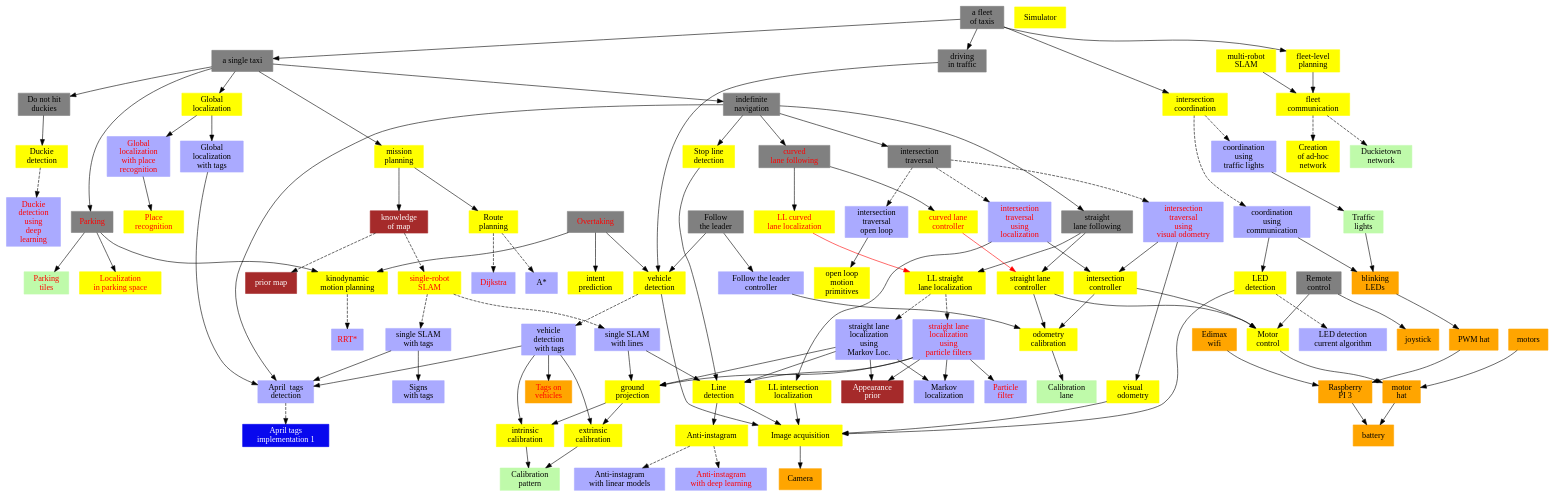
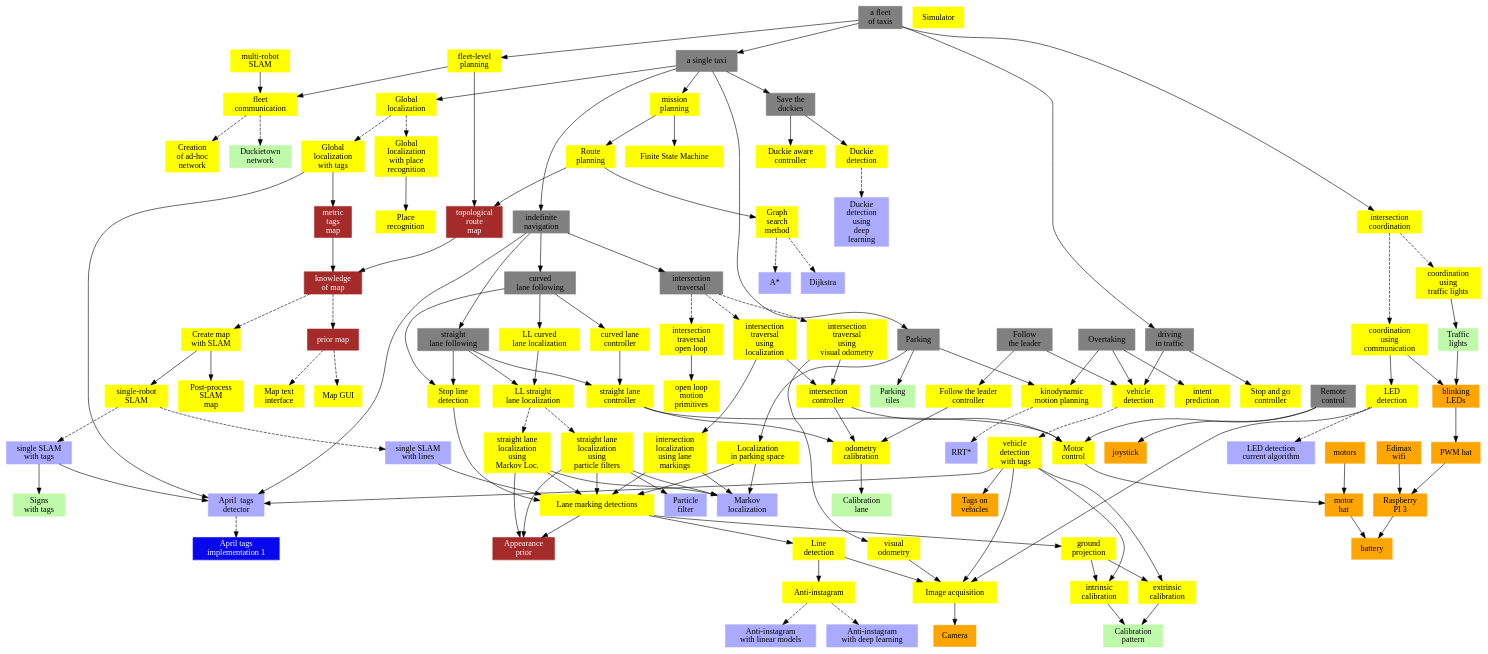
One commit to top1944/duckuments changed the diagram in docs/clipart/functionality_diagram/diagram.dot. Above: the diagram before and after it, drawn with Graphviz. The commit also changed 2 other files, not shown here.

```diff
--- a/docs/clipart/functionality_diagram/diagram.dot
+++ b/docs/clipart/functionality_diagram/diagram.dot
@@ -12,7 +12,7 @@
         joystick_control [label="Remote \n control"];
 
         straight_lane_following [label="straight \n lane following"];
-        curved_lane_following [label="curved\n lane following",  fontcolor=red];
+        curved_lane_following [label="curved\n lane following"];
 
         intersection_traversal [label="intersection \n traversal"];
 
@@ -24,11 +24,11 @@
 
 
 
-        parking [label="Parking", fontcolor=red];
+        parking [label="Parking"];
 
-        overtaking [label="Overtaking", fontcolor=red];
+        overtaking [label="Overtaking"];
 
-        obstacle_avoidance [label="Do not hit\n duckies"];
+        save_the_duckies [label="Save the \n duckies"];
 
     }
     // Abstract functionality
@@ -36,21 +36,24 @@
     subgraph functionality {
         node [style=filled,color=yellow,shape=box];
 
+        lane_marking_detection [label="Lane marking detections"];
+
+        stop_and_go [label="Stop and go\ncontroller"];
 
         kinodynamic_motion_planning [label="kinodynamic \n motion planning"];
 
-        localization_in_parking_space [label="Localization \n in parking space", fontcolor=red];
+        localization_in_parking_space [label="Localization \n in parking space"];
 
         fleet_planning [label="fleet-level \nplanning"];
         straight_lane_controller [label="straight lane \n controller"];
-        curved_lane_controller [label="curved lane\n controller", fontcolor=red];
+        curved_lane_controller [label="curved lane\n controller"];
 
 
         straight_lane_localization [label="LL straight \n lane localization"];
-        curved_lane_localization [label="LL curved \n lane localization", fontcolor=red];
+        curved_lane_localization [label="LL curved \n lane localization"];
 
 
-        intersection_localization [label="LL intersection \n localization"];
+        intersection_localization [label="intersection \n localization \n using lane \n markings"];
         intersection_controller [label="intersection \n controller"];
 
         fleet_comms [label="fleet\ncommunication"];
@@ -59,7 +62,7 @@
         stop_line_detection [label="Stop line \n detection"];
 
         global_localization [label="Global \n localization"];
-        place_recognition [label="Place \n recognition", fontcolor=red];
+        place_recognition [label="Place \n recognition"];
 
         extrinsic_calibration [label="extrinsic \n calibration"];
         intrinsic_calibration [label="intrinsic \n calibration"];
@@ -76,7 +79,7 @@
         route_planning [label="Route \n planning"];
 
         multi_slam [label="multi-robot \n SLAM"];
-        single_slam [label="single-robot \n SLAM", fontcolor=red];
+        single_slam [label="single-robot \n SLAM"];
 
         line_detection [label="Line \n detection"];
 
@@ -102,39 +105,55 @@
 
                 simulator [label="Simulator"];
 
+                graph_search_method [label="Graph\nsearch\nmethod"];
+
+
+        map_GUI [label="Map GUI"];
+        map_text_interface [label="Map text\n interface"];
+
+        finite_state_machine [label="Finite State Machine"];
+
+            postprocess_slam_map [label="Post-process \n SLAM\nmap"];
+            knowledge_of_map_with_slam [label="Create map\n with SLAM"];
+
+            duckie_aware_controller [label="Duckie aware \n controller"];
+
+
+                    coordination_with_traffic_lights [label="coordination \n using \n traffic lights"];
+                    coordination_with_communication [label="coordination \n using \n communication"];
+                    straight_lane_localization_using_markov [label="straight lane \n localization \n using \n Markov Loc."];
+                    straight_lane_localization_using_PF [label="straight lane \n localization \n using \n particle filters"];
+                    global_localization_with_tags [label="Global \n localization \n with tags"];
+
+                    global_localization_with_place_recognition [label="Global \n localization \n with place \n recognition"];
+
+                    vehicle_detection_with_tags [label="vehicle \n detection \n  with tags"];
+
+
+                            follow_the_leader_controller [label="Follow the leader \n controller"];
+
+
+                                    intersection_traversal_with_vo [label="intersection \n traversal \n using \n visual odometry"];
+                                    intersection_traversal_open_loop [label="intersection \n traversal \n open loop"];
+                                    intersection_traversal_with_localization [label="intersection \n traversal \n using \n localization"];
+
         };
     // concrete algorithms
         subgraph algorithms {
 
         node [style=filled,color="#AAAAFF",shape=box];
 
-        april_tags_detection [label="April  tags \n detection"];
-
-        global_localization_with_tags [label="Global \n localization \n with tags"];
-
-        global_localization_with_place_recognition [label="Global \n localization \n with place \n recognition", fontcolor=red];
-
-        vehicle_detection_with_tags [label="vehicle \n detection \n  with tags"];
+        april_tags_detection [label="April  tags \n detector"];
 
 
-        intersection_traversal_with_vo [label="intersection \n traversal \n using \n visual odometry", fontcolor=red];
-        intersection_traversal_open_loop [label="intersection \n traversal \n open loop"];
-        intersection_traversal_with_localization [label="intersection \n traversal \n using \n localization", fontcolor=red];
-
-
-        follow_the_leader_controller [label="Follow the leader \n controller"];
-
-        dijkstra [label="Dijkstra", fontcolor=red];
+        dijkstra [label="Dijkstra"];
 
         a_star [label="A*"];
-        RRTstar [label="RRT*", fontcolor=red];
-
-        coordination_with_traffic_lights [label="coordination \n using \n traffic lights"];
-        coordination_with_communication [label="coordination \n using \n communication"];
+        RRTstar [label="RRT*"];
 
 
         anti_instagram_with_linear_models [label="Anti-instagram \n with linear models"];
-        anti_instagram_with_DL [label="Anti-instagram \n with deep learning", fontcolor=red];
+        anti_instagram_with_DL [label="Anti-instagram \n with deep learning"];
 
 
         led_detection_current_algo [label="LED detection \n current algorithm"];
@@ -142,16 +161,13 @@
         single_slam_lines [label="single SLAM \n with lines"];
         single_slam_tags [label="single SLAM \n with tags"];
 
-        single_slam_tags -> signs_with_tags;
-
-        straight_lane_localization_using_markov [label="straight lane \n localization \n using \n Markov Loc."];
-        straight_lane_localization_using_PF [label="straight lane \n localization \n using \n particle filters", fontcolor=red];
 
 
-        duckie_detection_using_DL [label="Duckie \n detection \n using \n deep \n learning", fontcolor=red];
+
+        duckie_detection_using_DL [label="Duckie \n detection \n using \n deep \n learning"];
 
         markov_localization [label="Markov \n localization"];
-        particle_filter [label="Particle\n filter", fontcolor=red];
+        particle_filter [label="Particle\n filter"];
 
         };
 
@@ -163,7 +179,7 @@
         april_tags_library1 [label="April tags \n implementation 1"];
         //april_tags_library2 [label="April tags \n implementation 2"];
 
-        april_tags_detection -> april_tags_library1 [style="dashed"];
+
         //april_tags_detection -> april_tags_library2 [style="dashed"];
         }
 
@@ -177,8 +193,15 @@
 
         appearance_prior [label="Appearance \n prior"];
 
+
+
         prior_map [label="prior map"];
         knowledge_of_map [label="knowledge \n of map"];
+
+
+        topological_map [label="topological\n route\n map"];
+        metric_tags_map [label="metric\n tags\n map"];
+
 
         }
 
@@ -200,7 +223,7 @@
 
         camera [label="Camera"];
 
-        tags_on_vehicles [label="Tags on \n vehicles", fontcolor=red];
+        tags_on_vehicles [label="Tags on \n vehicles"];
         };
 
     // infrastructure
@@ -214,7 +237,7 @@
 
         calibration_lane [label="Calibration \n lane"];
         calibration_pattern [label="Calibration \n pattern"];
-        parking_tiles [label="Parking \n tiles", fontcolor=red];
+        parking_tiles [label="Parking \n tiles"];
 
 
 
@@ -223,6 +246,8 @@
 
 
     node [style=filled, color=red];
+
+    april_tags_detection -> april_tags_library1 [style="dashed"];
 
     pwm_hat -> RPI3;
     edimax -> RPI3;
@@ -234,7 +259,7 @@
 
     intrinsic_calibration -> calibration_pattern;
     extrinsic_calibration -> calibration_pattern;
-    single_car_taxi -> obstacle_avoidance;
+    single_car_taxi -> save_the_duckies;
 
 
     traffic_lights -> blinking_leds;
@@ -243,9 +268,11 @@
 
     coordination_with_traffic_lights -> traffic_lights;
 
-
-    route_planning -> a_star [style=dashed];
-    route_planning -> dijkstra [style=dashed];
+    route_planning -> topological_map;
+    topological_map -> knowledge_of_map;
+    route_planning -> graph_search_method;
+    graph_search_method -> a_star [style=dashed];
+    graph_search_method -> dijkstra [style=dashed];
 
     intersection_coordination -> coordination_with_traffic_lights [style="dashed"];
     intersection_coordination -> coordination_with_communication [style="dashed"];
@@ -256,10 +283,9 @@
 
     led_detection -> camera_data ;
     line_detection -> camera_data ;
-    vehicle_detection -> camera_data;
 
-    single_slam_lines -> line_detection;
-    single_slam_lines -> ground_projection;
+
+    single_slam_lines -> lane_marking_detection;
 
     coordination_with_communication -> led_detection;
 
@@ -282,32 +308,34 @@
 
     curved_lane_following->curved_lane_localization;
     curved_lane_following->curved_lane_controller;
+    curved_lane_following -> stop_line_detection;
     straight_lane_following -> straight_lane_localization;
     straight_lane_following -> straight_lane_controller;
+    straight_lane_following -> stop_line_detection;
+
     straight_lane_controller -> odometry_calibration;
 
     straight_lane_controller -> motor_control;
 
     mission_planning -> route_planning;
+    mission_planning -> finite_state_machine;
 
     straight_lane_localization -> straight_lane_localization_using_markov [style="dashed"];
     straight_lane_localization -> straight_lane_localization_using_PF [style="dashed"];
 
 
-    straight_lane_localization_using_markov -> line_detection;
-    straight_lane_localization_using_markov -> ground_projection;
+    straight_lane_localization_using_markov -> lane_marking_detection;
     straight_lane_localization_using_markov -> markov_localization;
     straight_lane_localization_using_markov -> appearance_prior;
 
-    straight_lane_localization_using_PF -> line_detection;
-    straight_lane_localization_using_PF -> ground_projection;
+    straight_lane_localization_using_PF -> lane_marking_detection;
     straight_lane_localization_using_PF -> markov_localization;
     straight_lane_localization_using_PF -> appearance_prior;
 
     ground_projection -> extrinsic_calibration;
     ground_projection -> intrinsic_calibration;
 
-    stop_line_detection -> line_detection;
+    stop_line_detection -> lane_marking_detection;
 
 
     intersection_traversal -> intersection_traversal_with_vo [style="dashed"];
@@ -335,6 +363,7 @@
     multi_car_taxi -> single_car_taxi;
     multi_car_taxi -> fleet_planning;
 
+    fleet_planning -> topological_map;
     multi_car_taxi -> intersection_coordination;
 
     multi_car_taxi -> driving_in_traffic;
@@ -345,7 +374,7 @@
 
     indefinite_navigation -> april_tags_detection;
     indefinite_navigation -> intersection_traversal;
-    indefinite_navigation -> stop_line_detection;
+
     indefinite_navigation -> straight_lane_following;
     indefinite_navigation -> curved_lane_following;
 
@@ -354,19 +383,28 @@
     single_car_taxi -> mission_planning;
     single_car_taxi -> global_localization;
 
-    global_localization -> global_localization_with_tags;
+    global_localization -> global_localization_with_tags [style=dashed];
+    global_localization -> global_localization_with_place_recognition  [style=dashed];
 
     global_localization_with_tags -> april_tags_detection;
+    global_localization_with_tags -> metric_tags_map;
 
-    global_localization -> global_localization_with_place_recognition;
+    metric_tags_map -> knowledge_of_map;
+
 
     global_localization_with_place_recognition -> place_recognition;
 
-    mission_planning -> knowledge_of_map;
 
-    knowledge_of_map -> single_slam [style=dashed];
+    knowledge_of_map -> knowledge_of_map_with_slam [style=dashed];
+
+    knowledge_of_map_with_slam -> single_slam;
+    knowledge_of_map_with_slam -> postprocess_slam_map;
+
 
     knowledge_of_map -> prior_map [style=dashed];
+
+    prior_map -> map_GUI [style=dashed];
+    prior_map -> map_text_interface [style=dashed];
 
 
     vehicle_detection -> vehicle_detection_with_tags [style=dashed];
@@ -374,13 +412,14 @@
     vehicle_detection_with_tags -> april_tags_detection;
     vehicle_detection_with_tags -> intrinsic_calibration;
     vehicle_detection_with_tags -> tags_on_vehicles;
-
+    vehicle_detection_with_tags -> camera_data;
     vehicle_detection_with_tags -> extrinsic_calibration;
 
 
 
-    obstacle_avoidance -> duckie_detection;
+    save_the_duckies -> duckie_detection;
 
+    save_the_duckies -> duckie_aware_controller;
 
 
 
@@ -422,14 +461,28 @@
     parking -> kinodynamic_motion_planning;
     parking -> localization_in_parking_space;
 
-    curved_lane_controller -> straight_lane_controller [color=red];
-    curved_lane_localization -> straight_lane_localization [color=red];
+    curved_lane_controller -> straight_lane_controller;
+    curved_lane_localization -> straight_lane_localization;
 
     camera_data -> camera;
 
 
-    intersection_localization -> camera_data;
+
     visual_odometry ->  camera_data;
 
     straight_lane_localization_using_PF -> particle_filter;
+
+    localization_in_parking_space -> lane_marking_detection;
+    localization_in_parking_space -> markov_localization;
+
+    lane_marking_detection -> line_detection;
+    lane_marking_detection -> ground_projection;
+    lane_marking_detection -> appearance_prior;
+
+    intersection_localization -> lane_marking_detection;
+    intersection_localization -> markov_localization;
+
+    single_slam_tags -> signs_with_tags;
+
+    driving_in_traffic -> stop_and_go;
 }
```
